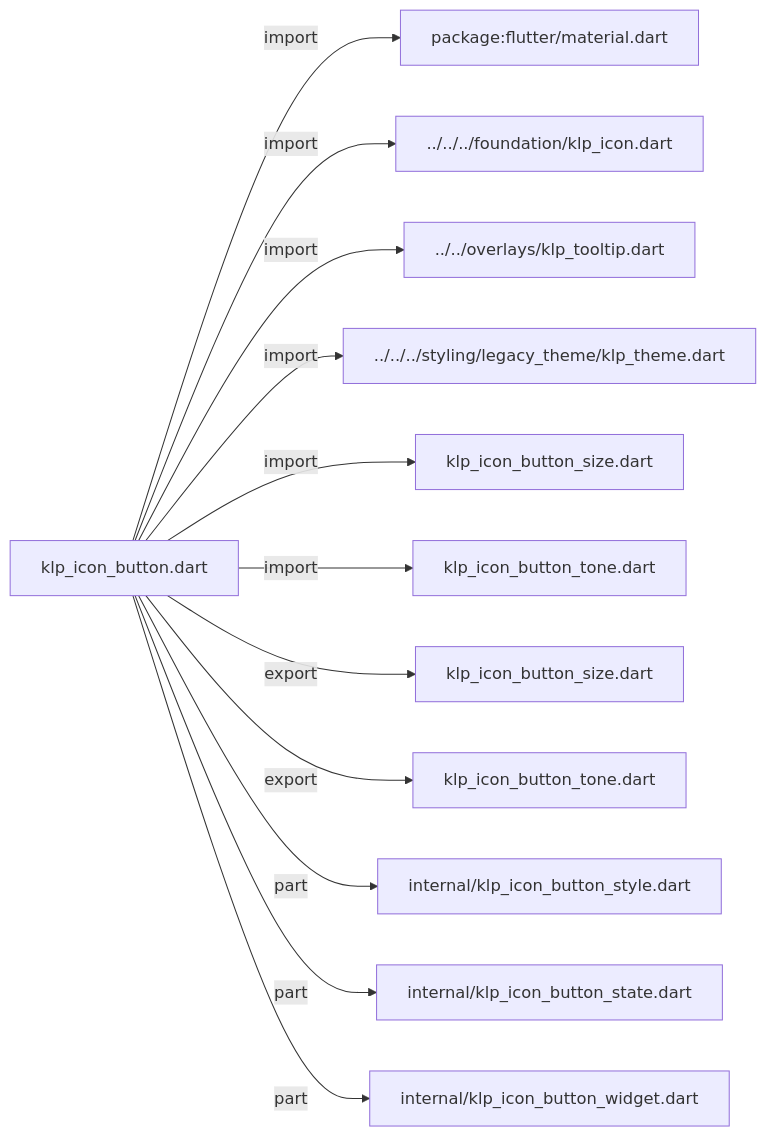
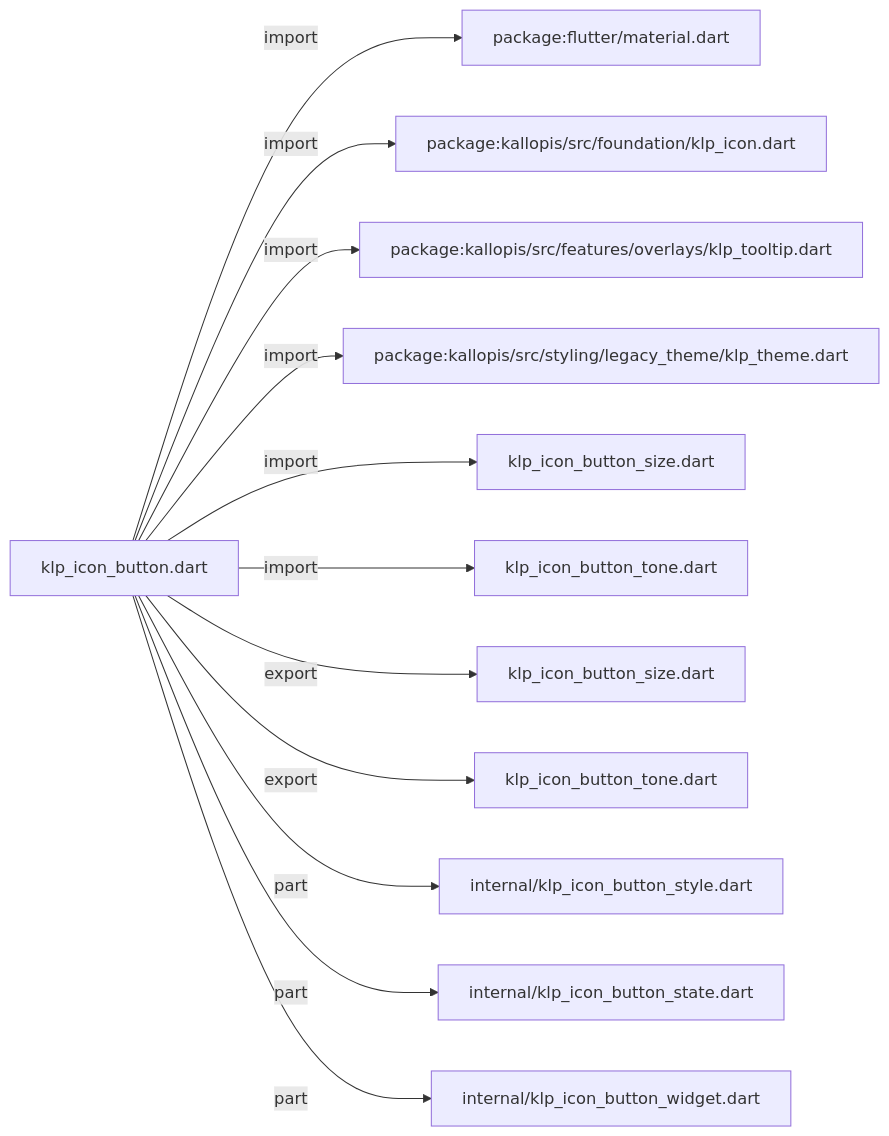
Before and after one commit to MiuDog/Kallopis: the first of 2 diagrams in docs/architecture/src/features/actions/button/klp_icon_button.md, drawn with Mermaid. The commit also changed other lines of this file and 9688 other files, not shown here.

Commit message:
Prepare isolated Flow F2 peer baseline

````diff
--- a/docs/architecture/src/features/actions/button/klp_icon_button.md
+++ b/docs/architecture/src/features/actions/button/klp_icon_button.md
@@ -11,26 +11,26 @@
 ```mermaid
 flowchart LR
 	n0["klp_icon_button.dart"]
 	n1["package:flutter/material.dart"]
-	n2["../../../foundation/klp_icon.dart"]
-	n3["../../overlays/klp_tooltip.dart"]
-	n4["../../../styling/legacy_theme/klp_theme.dart"]
+	n2["package:kallopis/src/foundation/klp_icon.dart"]
+	n3["package:kallopis/src/features/overlays/klp_tooltip.dart"]
+	n4["package:kallopis/src/styling/legacy_theme/klp_theme.dart"]
 	n5["klp_icon_button_size.dart"]
 	n6["klp_icon_button_tone.dart"]
 	n7["klp_icon_button_size.dart"]
 	n8["klp_icon_button_tone.dart"]
 	n9["internal/klp_icon_button_style.dart"]
 	n10["internal/klp_icon_button_state.dart"]
 	n11["internal/klp_icon_button_widget.dart"]
 	n0 -->|"import"| n1
 	n0 -->|"import"| n2
 	n0 -->|"import"| n3
 	n0 -->|"import"| n4
 	n0 -->|"import"| n5
 	n0 -->|"import"| n6
 	n0 -->|"export"| n7
 	n0 -->|"export"| n8
 	n0 -->|"part"| n9
 	n0 -->|"part"| n10
 	n0 -->|"part"| n11
 ```
````
